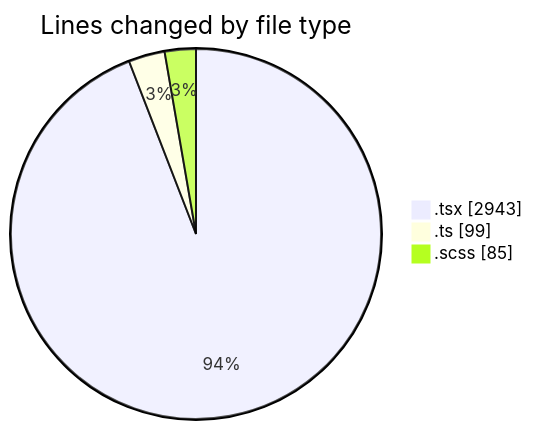
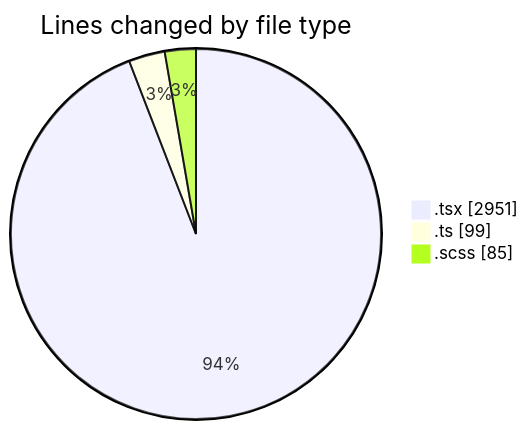
Before and after one commit to momahboobian/code-tracking: the first of 2 diagrams in 2025-02-11/cda/README.md, drawn with Mermaid. The commit also changed other lines of this file and 1 other file, not shown here.

````diff
--- a/2025-02-11/cda/README.md
+++ b/2025-02-11/cda/README.md
@@ -24,7 +24,7 @@
 ```mermaid
 pie showData
 title Lines changed by file type
-".tsx" : 2943
+".tsx" : 2951
 ".ts" : 99
 ".scss" : 85
 ```
````
